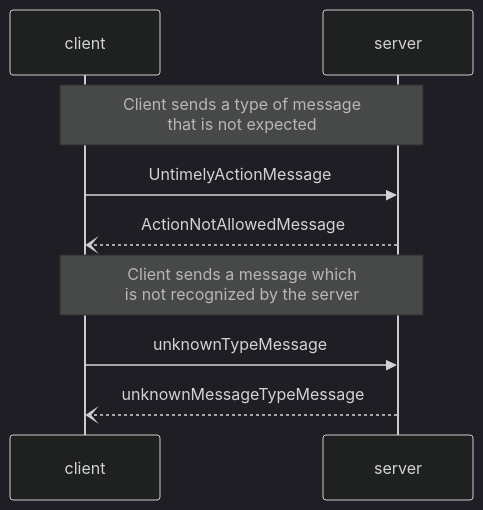
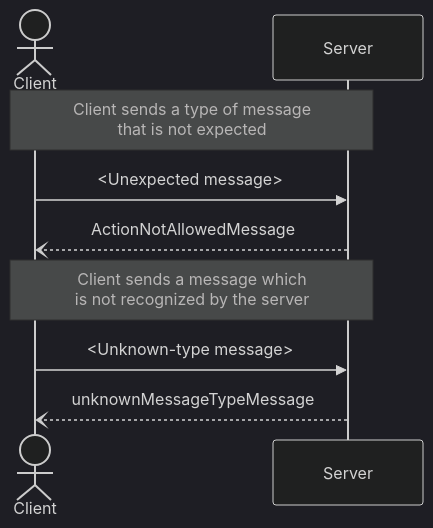
The second of 6 diagrams in documentation_wip/network_protocol.md (frephs/IS24-AM21), drawn with Mermaid (dark theme) before and after one commit. The commit also changed other lines of this file, not shown here.

````diff
--- a/documentation_wip/network_protocol.md
+++ b/documentation_wip/network_protocol.md
@@ -29,9 +29,12 @@
 ```mermaid
 sequenceDiagram
-    Note over client,server: Client sends a type of message <br> that is not expected 
-    client ->> server: UntimelyActionMessage
-    server --) client: ActionNotAllowedMessage 
-    Note over client,server: Client sends a message which <br>is not recognized by the server
-    client ->> server: unknownTypeMessage
-    server --)  client : unknownMessageTypeMessage
+    actor Client
+
+    Note over Client,Server: Client sends a type of message <br> that is not expected 
+    Client ->> Server: <Unexpected message>
+    Server --) Client: ActionNotAllowedMessage 
+
+    Note over Client,Server: Client sends a message which <br>is not recognized by the server
+    Client ->> Server: <Unknown-type message>
+    Server --)  Client : unknownMessageTypeMessage
 ```
````
